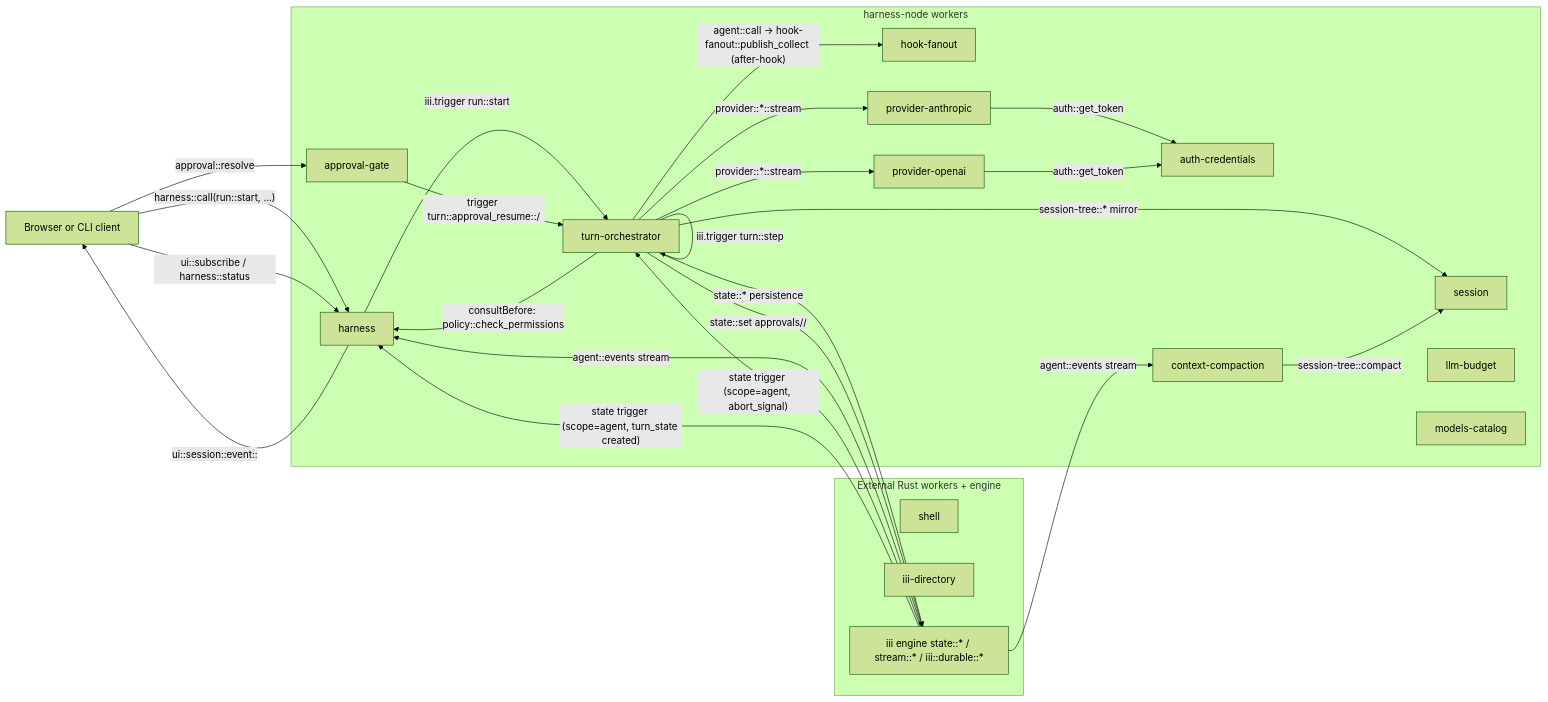
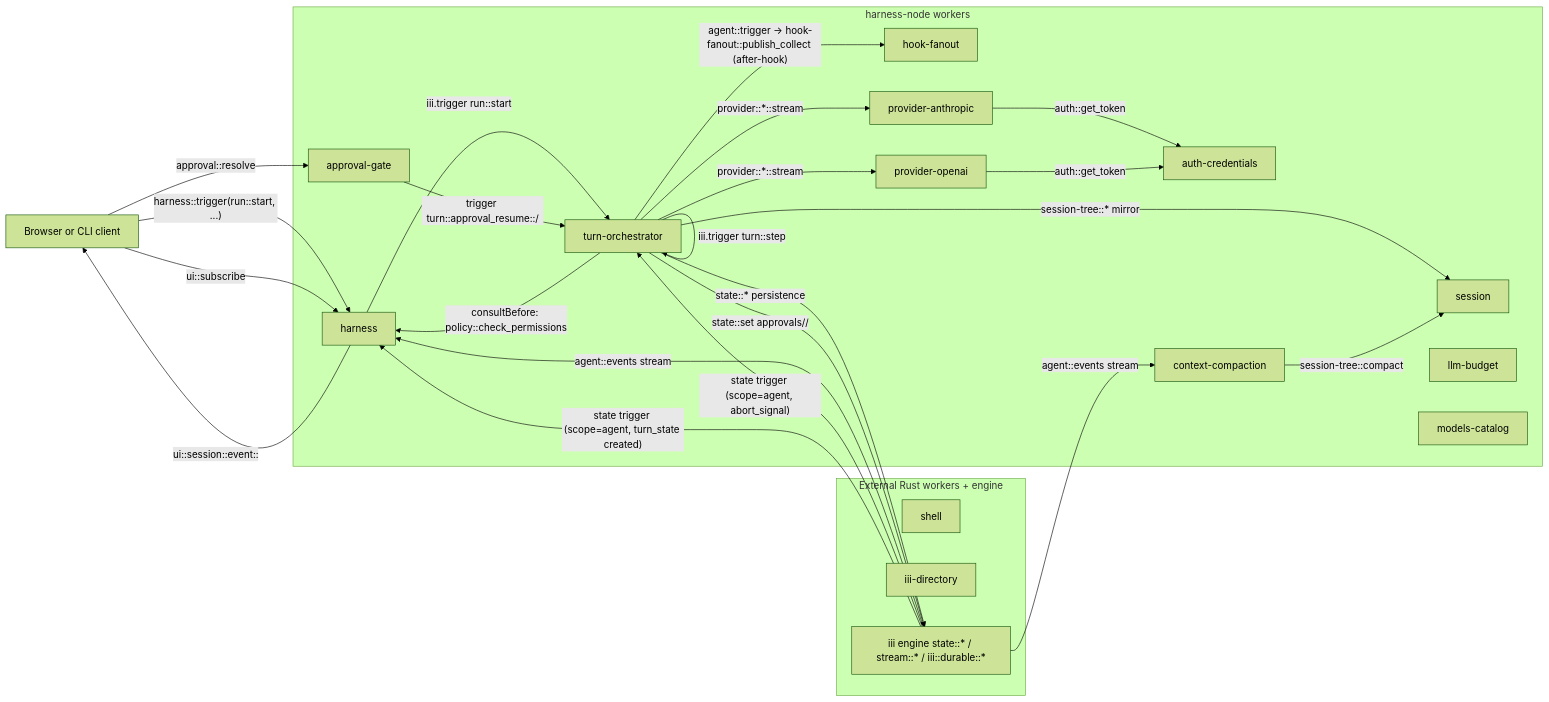
One commit to iii-hq/workers changed the first of 5 diagrams in harness-node/docs/architecture.md. Above: the diagram before and after it, drawn with Mermaid (forest theme). The commit also changed other lines of this file and 26 other files, not shown here.

First line of the commit message:
Remove harness::status; rename call → trigger (harness + agent) (#172)

````diff
--- a/harness-node/docs/architecture.md
+++ b/harness-node/docs/architecture.md
@@ -35,50 +35,50 @@
 ```mermaid
 flowchart LR
   client[Browser or CLI client]
 
   subgraph harnessNode [harness-node workers]
     harness[harness]
     turnOrch[turn-orchestrator]
     approval[approval-gate]
     session[session]
     budget[llm-budget]
     hook[hook-fanout]
     auth[auth-credentials]
     models[models-catalog]
     provAnth[provider-anthropic]
     provOAI[provider-openai]
     compact[context-compaction]
   end
 
   subgraph external [External Rust workers + engine]
     shell[shell]
     directory[iii-directory]
     state["iii engine state::* / stream::* / iii::durable::*"]
   end
 
-  client -- "harness::call(run::start, ...)" --> harness
+  client -- "harness::trigger(run::start, ...)" --> harness
   harness -- "iii.trigger run::start" --> turnOrch
-  client -- "ui::subscribe / harness::status" --> harness
+  client -- "ui::subscribe" --> harness
 
   turnOrch -- "provider::*::stream" --> provAnth
   turnOrch -- "provider::*::stream" --> provOAI
   turnOrch -- "consultBefore: policy::check_permissions" --> harness
-  turnOrch -- "agent::call → hook-fanout::publish_collect (after-hook)" --> hook
+  turnOrch -- "agent::trigger → hook-fanout::publish_collect (after-hook)" --> hook
   turnOrch -- "session-tree::* mirror" --> session
   turnOrch -- "state::* persistence" --> state
 
   client -- "approval::resolve" --> approval
   approval -- "trigger turn::approval_resume::<sid>/<cid>" --> turnOrch
   turnOrch -- "state::set approvals/<sid>/<cid>" --> state
   turnOrch -- "iii.trigger turn::step" --> turnOrch
 
   provAnth -- "auth::get_token" --> auth
   provOAI -- "auth::get_token" --> auth
 
   state -- "agent::events stream" --> harness
   state -- "agent::events stream" --> compact
   state -- "state trigger (scope=agent, abort_signal)" --> turnOrch
   state -- "state trigger (scope=agent, turn_state created)" --> harness
   harness -- "ui::session::event::<browser_id>" --> client
   compact -- "session-tree::compact" --> session
 ```
````
